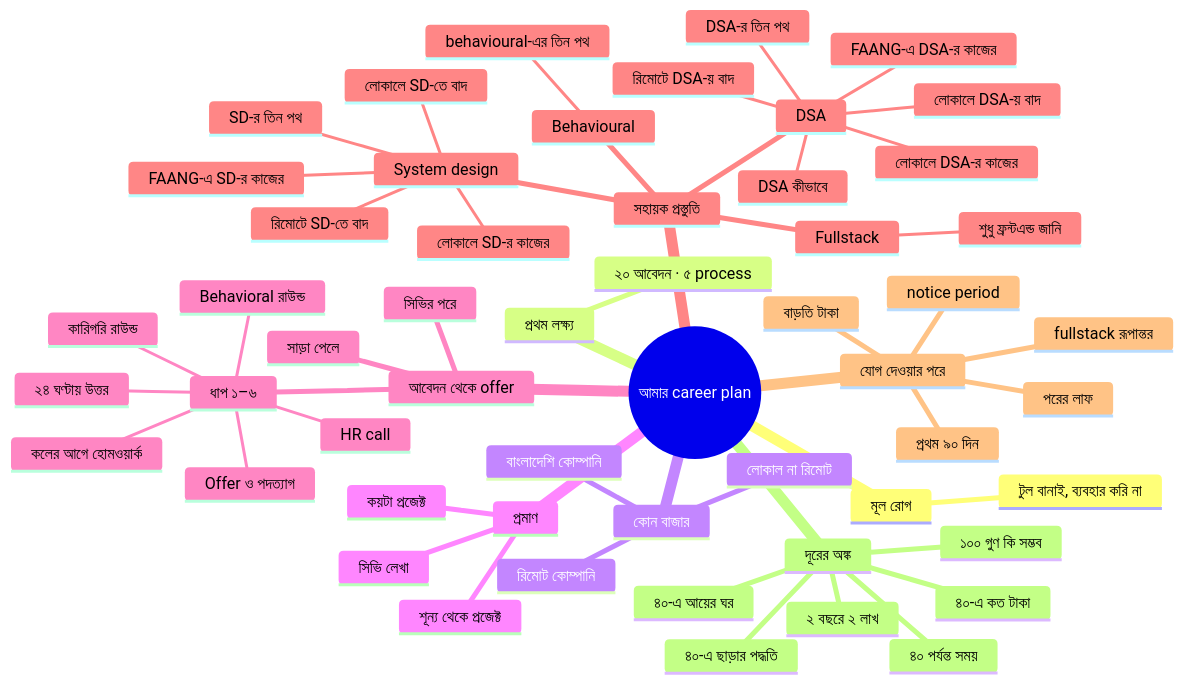
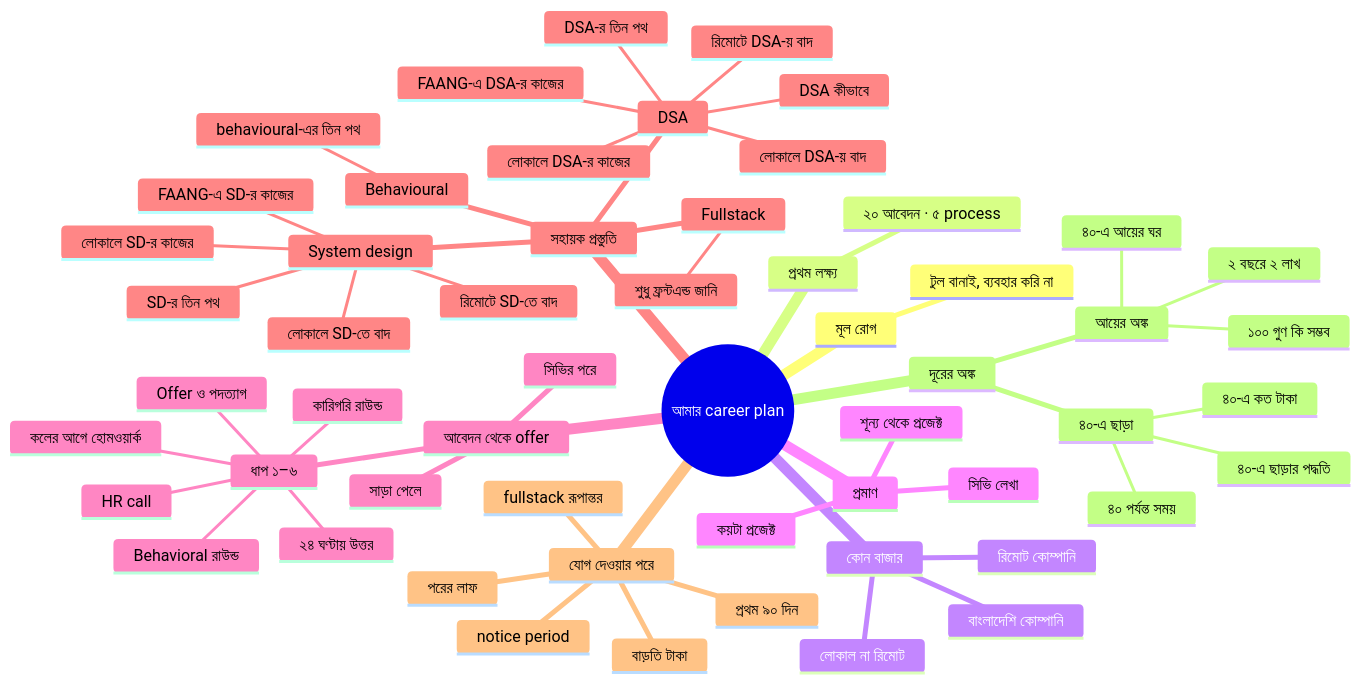
One commit to sojibrd/brainstorming changed the diagram in thought-map.md. Above: the diagram before and after it, drawn with Mermaid. The commit also changed other lines of this file and 52 other files, not shown here.

````diff
--- a/thought-map.md
+++ b/thought-map.md
@@ -11,57 +11,59 @@
 ```mermaid
 mindmap
   root((আমার career plan))
     মূল রোগ
       টুল বানাই, ব্যবহার করি না
     প্রথম লক্ষ্য
       ২০ আবেদন · ৫ process
     কোন বাজার
       লোকাল না রিমোট
       বাংলাদেশি কোম্পানি
       রিমোট কোম্পানি
     প্রমাণ
       কয়টা প্রজেক্ট
       শূন্য থেকে প্রজেক্ট
       সিভি লেখা
     আবেদন থেকে offer
       সিভির পরে
       সাড়া পেলে
       ধাপ ১–৬
         ২৪ ঘণ্টায় উত্তর
         কলের আগে হোমওয়ার্ক
         HR call
         কারিগরি রাউন্ড
         Behavioral রাউন্ড
         Offer ও পদত্যাগ
     সহায়ক প্রস্তুতি
       DSA
         DSA কীভাবে
         DSA-র তিন পথ
         লোকালে DSA-র কাজের
         FAANG-এ DSA-র কাজের
         লোকালে DSA-য় বাদ
         রিমোটে DSA-য় বাদ
       System design
         SD-র তিন পথ
         লোকালে SD-র কাজের
         FAANG-এ SD-র কাজের
         লোকালে SD-তে বাদ
         রিমোটে SD-তে বাদ
       Behavioural
         behavioural-এর তিন পথ
       Fullstack
         শুধু ফ্রন্টএন্ড জানি
     যোগ দেওয়ার পরে
       notice period
       প্রথম ৯০ দিন
       বাড়তি টাকা
       fullstack রূপান্তর
       পরের লাফ
     দূরের অঙ্ক
-      ২ বছরে ২ লাখ
-      ৪০ পর্যন্ত সময়
-      ৪০-এ ছাড়ার পদ্ধতি
-      ৪০-এ কত টাকা
-      ১০০ গুণ কি সম্ভব
-      ৪০-এ আয়ের ঘর
+      আয়ের অঙ্ক
+        ২ বছরে ২ লাখ
+        ১০০ গুণ কি সম্ভব
+        ৪০-এ আয়ের ঘর
+      ৪০-এ ছাড়া
+        ৪০ পর্যন্ত সময়
+        ৪০-এ ছাড়ার পদ্ধতি
+        ৪০-এ কত টাকা
 ```
````
